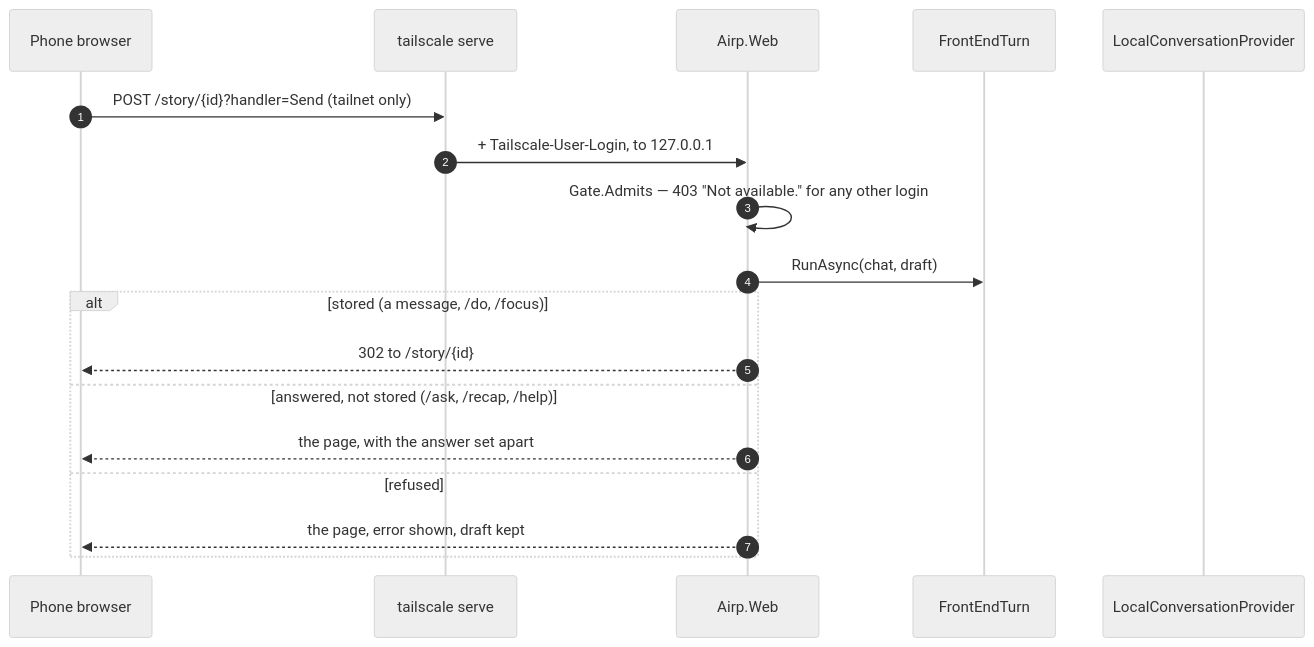
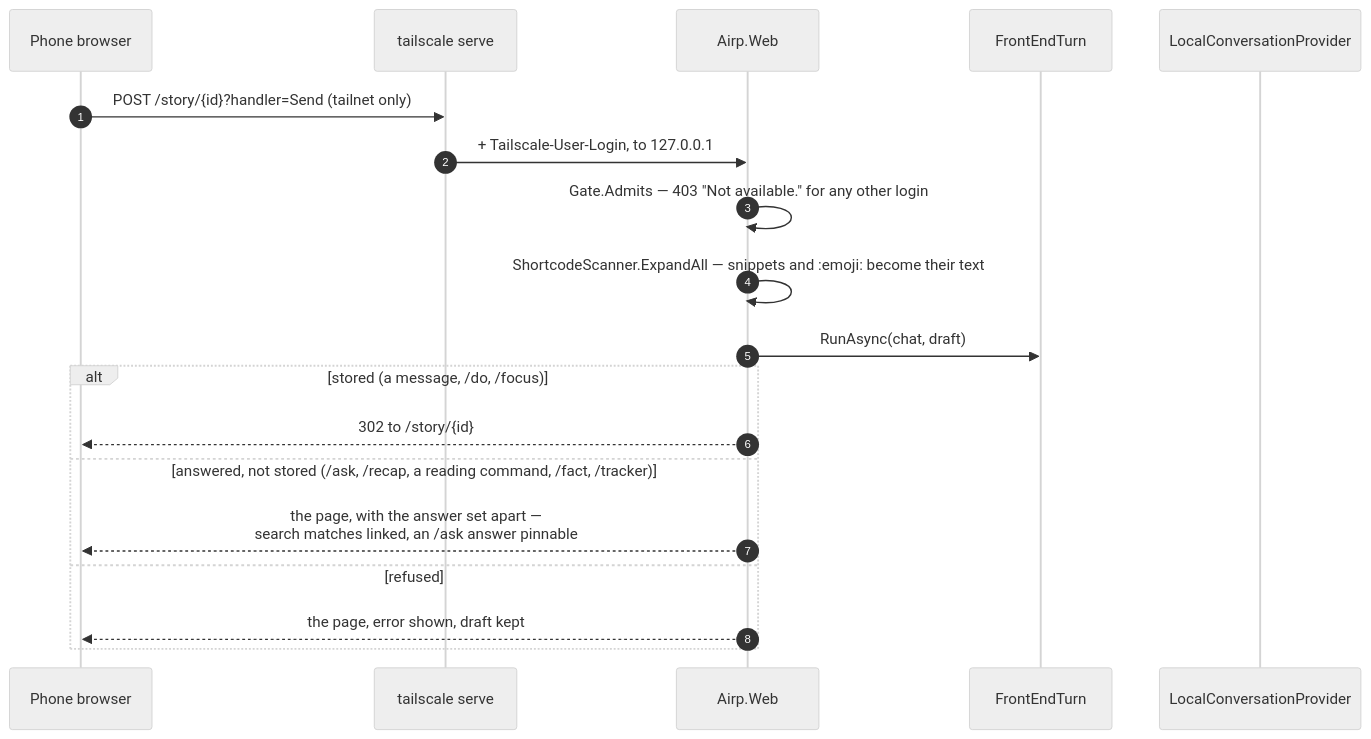
Before and after one commit to argamboad/custom-airp: the eighth of 10 diagrams in docs/FLOWS.md, drawn with Mermaid (neutral theme). The commit also changed other lines of this file and 4 other files, not shown here.

````diff
--- a/docs/FLOWS.md
+++ b/docs/FLOWS.md
@@ -269,21 +271,22 @@
 ```mermaid
 sequenceDiagram
     autonumber
     participant B as Phone browser
     participant TS as tailscale serve
     participant W as Airp.Web
     participant FT as FrontEndTurn
     participant P as LocalConversationProvider
 
     B->>TS: POST /story/{id}?handler=Send (tailnet only)
     TS->>W: + Tailscale-User-Login, to 127.0.0.1
     W->>W: Gate.Admits — 403 "Not available." for any other login
+    W->>W: ShortcodeScanner.ExpandAll — snippets and :emoji: become their text
     W->>FT: RunAsync(chat, draft)
     alt stored (a message, /do, /focus)
         W-->>B: 302 to /story/{id}#latest — a reload cannot send it twice
-    else answered, not stored (/ask, /recap, /help)
-        W-->>B: the page, with the answer set apart
+    else answered, not stored (/ask, /recap, a reading command, /fact, /tracker)
+        W-->>B: the page, with the answer set apart —<br/>search matches linked, an /ask answer pinnable
     else refused
         W-->>B: the page, error shown, draft kept
     end
 ```
````
